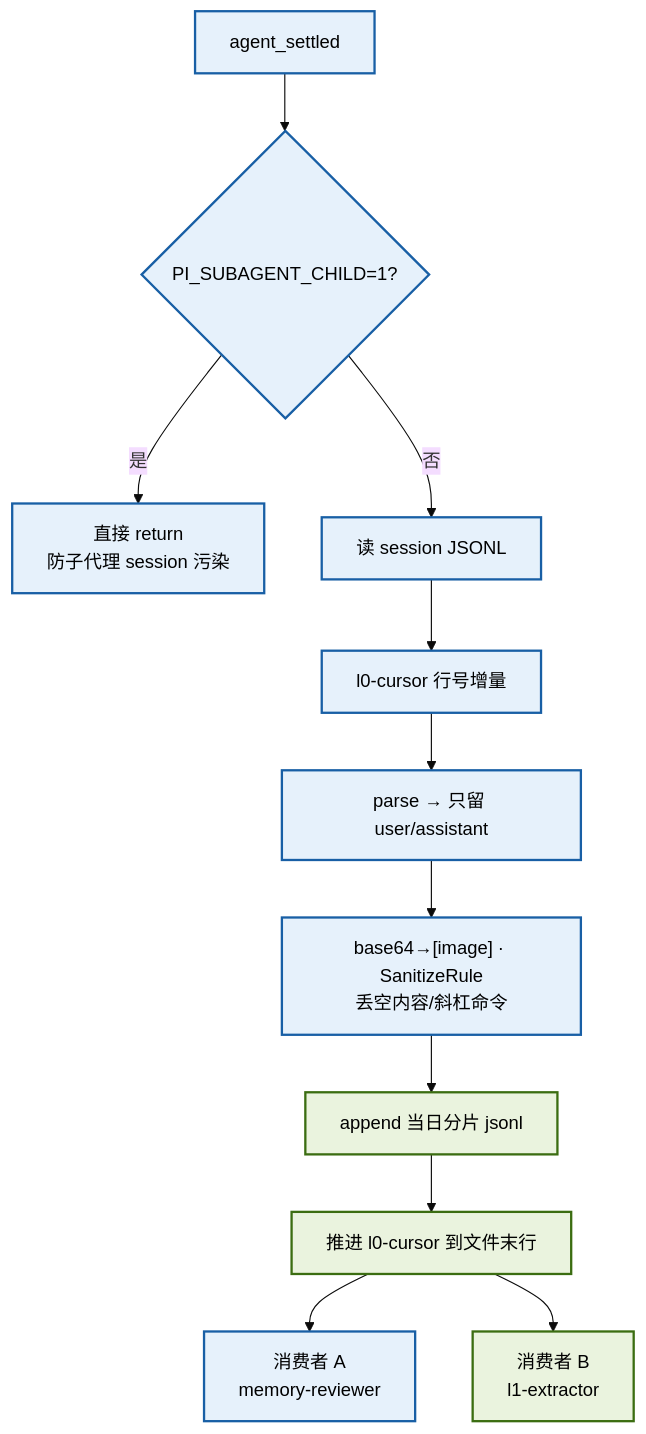
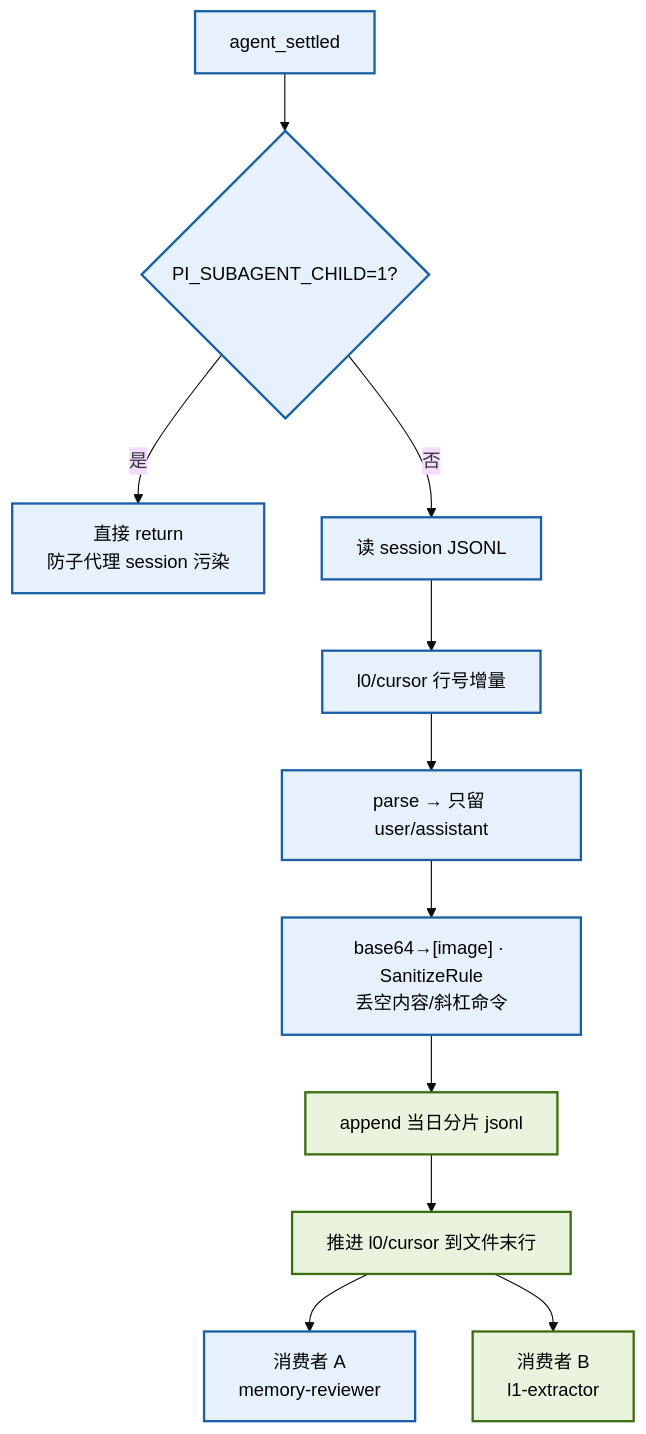
Before and after one commit to yinwenyuan28-afk/pi-memory-system: the first of 7 diagrams in 记忆系统架构说明.md, drawn with Mermaid (base theme). The commit also changed other lines of this file and 32 other files, not shown here.

````diff
--- a/记忆系统架构说明.md
+++ b/记忆系统架构说明.md
@@ -55,20 +55,20 @@
 ```mermaid
 flowchart TD
     classDef blue fill:#E6F1FB,stroke:#185FA5,stroke-width:2px,color:#000
     classDef green fill:#EAF3DE,stroke:#3B6D11,stroke-width:2px,color:#000
 
     A["agent_settled"]:::blue
     A --> B{"PI_SUBAGENT_CHILD=1?"}:::blue
     B -->|是| C["直接 return<br/>防子代理 session 污染"]:::blue
     B -->|否| D["读 session JSONL"]:::blue
 
-    D --> E["l0-cursor 行号增量"]:::blue
+    D --> E["l0/cursor 行号增量"]:::blue
     E --> F["parse → 只留 user/assistant"]:::blue
     F --> G["base64→[image] · SanitizeRule<br/>丢空内容/斜杠命令"]:::blue
 
     G --> H["append 当日分片 jsonl"]:::green
-    H --> I["推进 l0-cursor 到文件末行"]:::green
+    H --> I["推进 l0/cursor 到文件末行"]:::green
 
     I --> J["消费者 A<br/>memory-reviewer"]:::blue
     I --> K["消费者 B<br/>l1-extractor"]:::green
 ```
````
